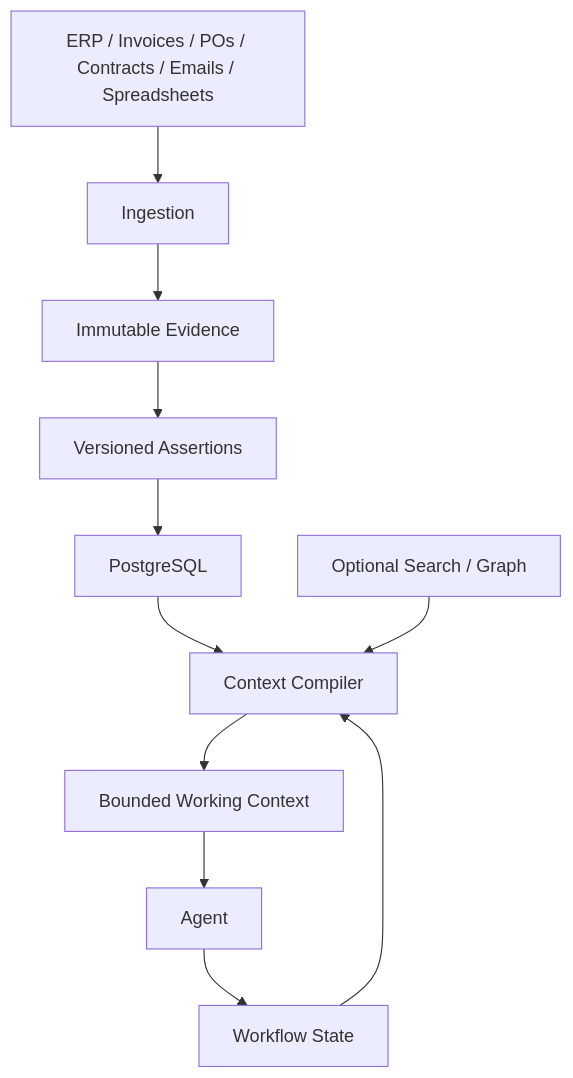
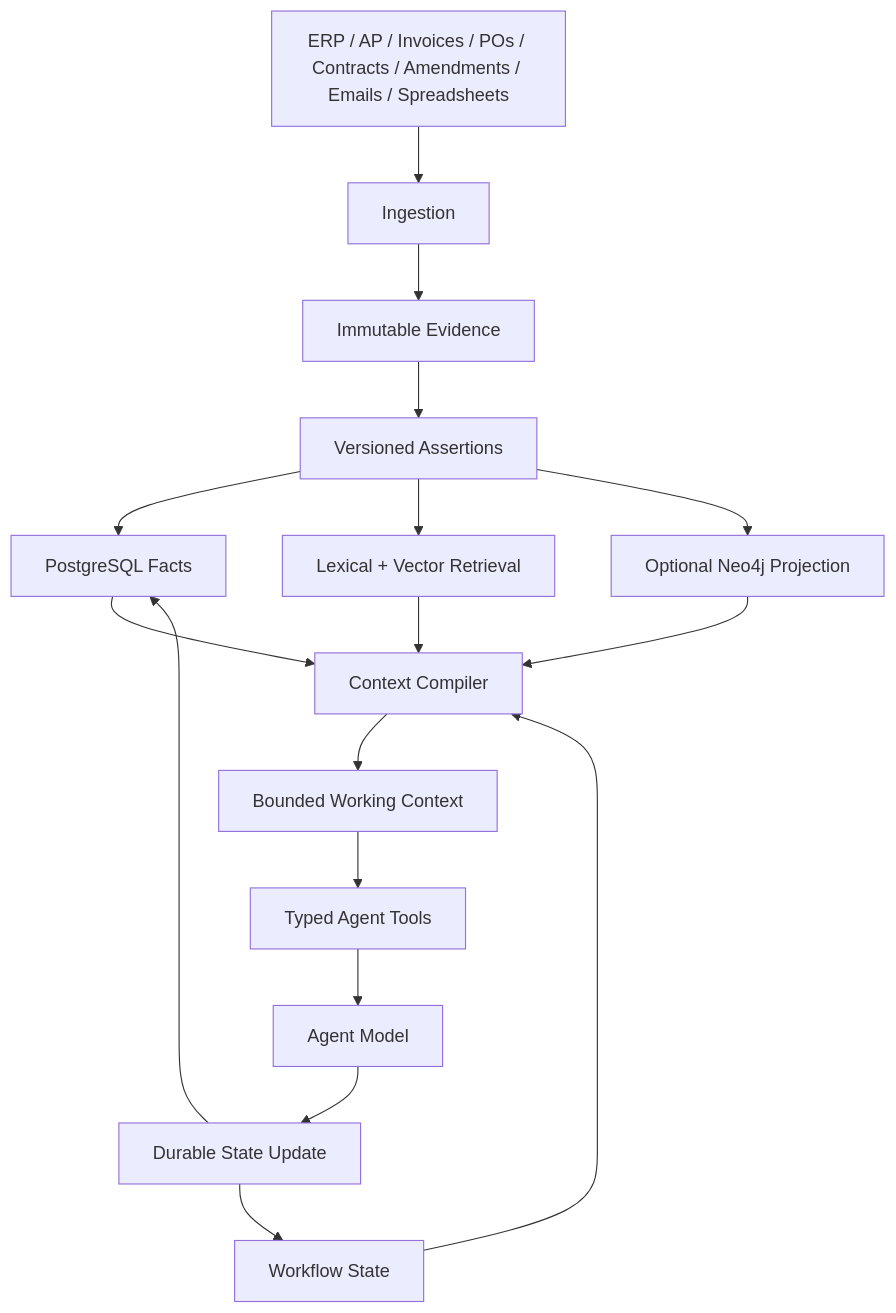
Before and after one commit to SIDDHARTH-PADIGAR/dd_context_engine: the diagram in README.md, drawn with Mermaid. The commit also changed other lines of this file, not shown here.

````diff
--- a/README.md
+++ b/README.md
@@ -35,24 +209,31 @@
 ```mermaid
 flowchart TD
-    A["ERP / Invoices / POs / Contracts / Emails / Spreadsheets"]
+    A["ERP / AP / Invoices / POs / Contracts / Amendments / Emails / Spreadsheets"]
     B["Ingestion"]
     C["Immutable Evidence"]
     D["Versioned Assertions"]
-    E["PostgreSQL"]
+
+    E["PostgreSQL Facts"]
     F["Workflow State"]
-    G["Optional Search / Graph"]
-    H["Context Compiler"]
-    I["Bounded Working Context"]
-    J["Agent"]
+    G["Lexical + Vector Retrieval"]
+    H["Optional Neo4j Projection"]
 
-    A --> B
-    B --> C
-    C --> D
+    I["Context Compiler"]
+    J["Bounded Working Context"]
+    K["Typed Agent Tools"]
+    L["Agent Model"]
+
+    M["Durable State Update"]
+
+    A --> B --> C --> D
     D --> E
-    E --> H
-    F --> H
-    G --> H
+    D --> G
+    D --> H
+    F --> I
+    E --> I
+    G --> I
     H --> I
-    I --> J
-    J --> F
+    I --> J --> K --> L --> M
+    M --> F
+    M --> E
 ```
````
